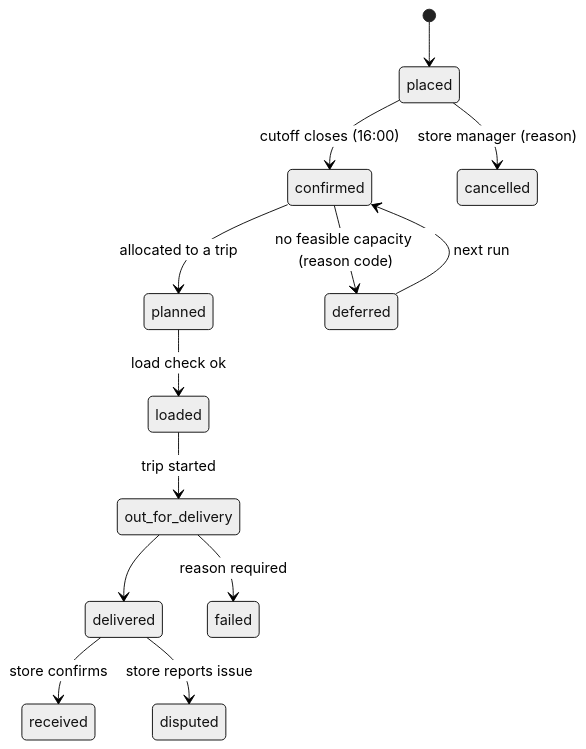
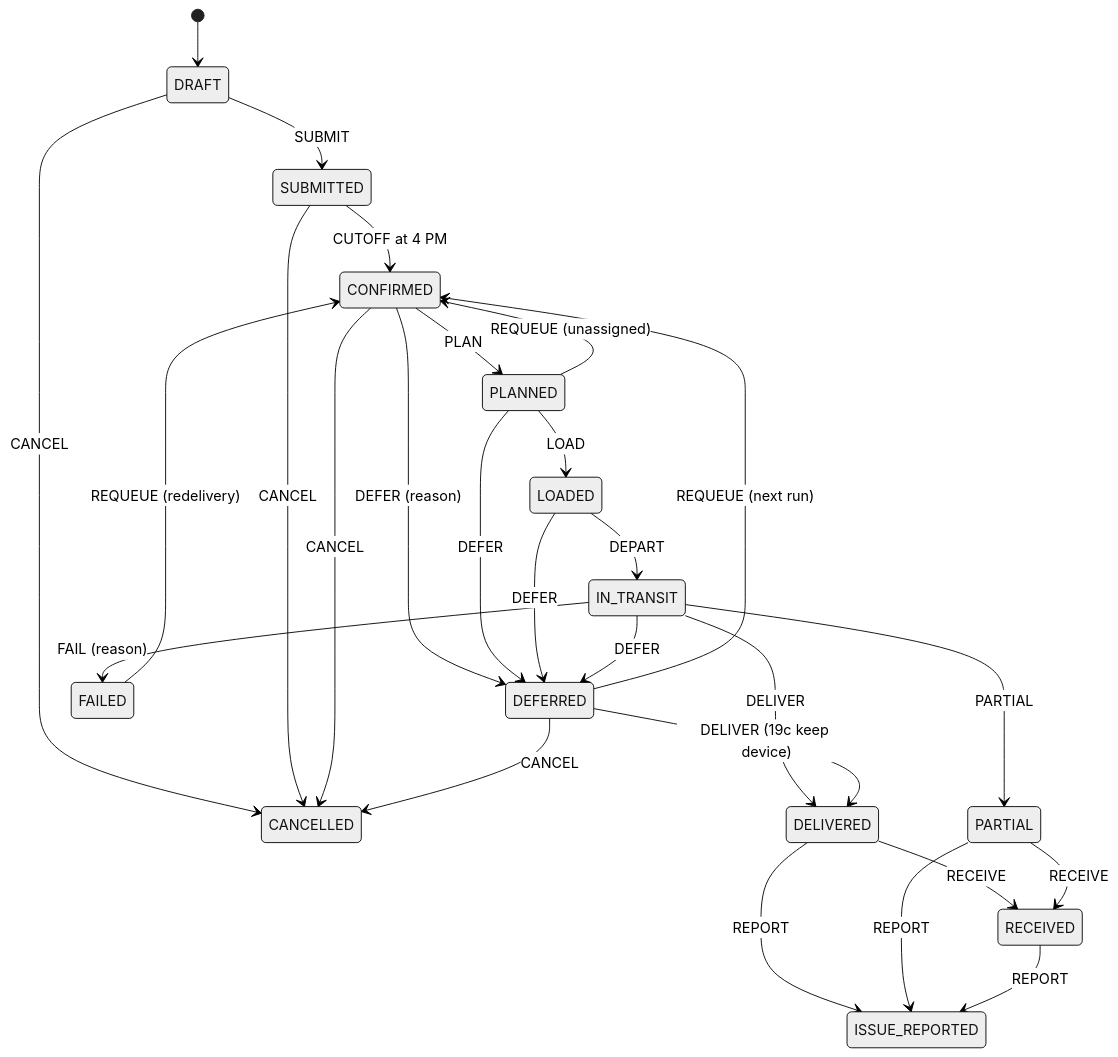
One commit to tiharagrrr/root4us_WaypointCompass changed the second of 2 diagrams in docs/data-model.md. Above: the diagram before and after it, drawn with Mermaid (neutral theme). The commit also changed other lines of this file and 183 other files, not shown here.

````diff
--- a/docs/data-model.md
+++ b/docs/data-model.md
@@ -138,15 +198,29 @@
 ```mermaid
 stateDiagram-v2
-  [*] --> placed
-  placed --> confirmed: cutoff closes (16:00)
-  placed --> cancelled: store manager (reason)
-  confirmed --> planned: allocated to a trip
-  confirmed --> deferred: no feasible capacity (reason code)
-  deferred --> confirmed: next run
-  planned --> loaded: load check ok
-  loaded --> out_for_delivery: trip started
-  out_for_delivery --> delivered
-  out_for_delivery --> failed: reason required
-  delivered --> received: store confirms
-  delivered --> disputed: store reports issue
+  [*] --> DRAFT
+  DRAFT --> SUBMITTED: SUBMIT
+  DRAFT --> CANCELLED: CANCEL
+  SUBMITTED --> CONFIRMED: CUTOFF at 4 PM
+  SUBMITTED --> CANCELLED: CANCEL
+  CONFIRMED --> PLANNED: PLAN
+  CONFIRMED --> DEFERRED: DEFER (reason)
+  CONFIRMED --> CANCELLED: CANCEL
+  PLANNED --> LOADED: LOAD
+  PLANNED --> CONFIRMED: REQUEUE (unassigned)
+  PLANNED --> DEFERRED: DEFER
+  LOADED --> IN_TRANSIT: DEPART
+  LOADED --> DEFERRED: DEFER
+  IN_TRANSIT --> DELIVERED: DELIVER
+  IN_TRANSIT --> PARTIAL: PARTIAL
+  IN_TRANSIT --> FAILED: FAIL (reason)
+  IN_TRANSIT --> DEFERRED: DEFER
+  DEFERRED --> CONFIRMED: REQUEUE (next run)
+  DEFERRED --> DELIVERED: DELIVER (19c keep device)
+  DEFERRED --> CANCELLED: CANCEL
+  FAILED --> CONFIRMED: REQUEUE (redelivery)
+  DELIVERED --> RECEIVED: RECEIVE
+  DELIVERED --> ISSUE_REPORTED: REPORT
+  PARTIAL --> RECEIVED: RECEIVE
+  PARTIAL --> ISSUE_REPORTED: REPORT
+  RECEIVED --> ISSUE_REPORTED: REPORT
 ```
````
